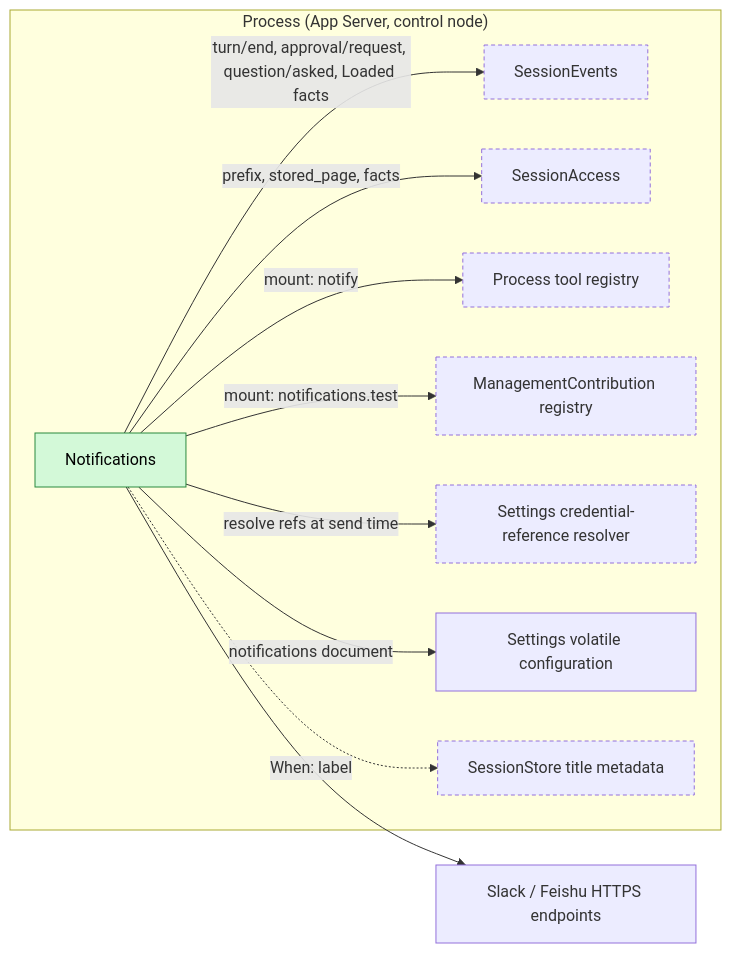
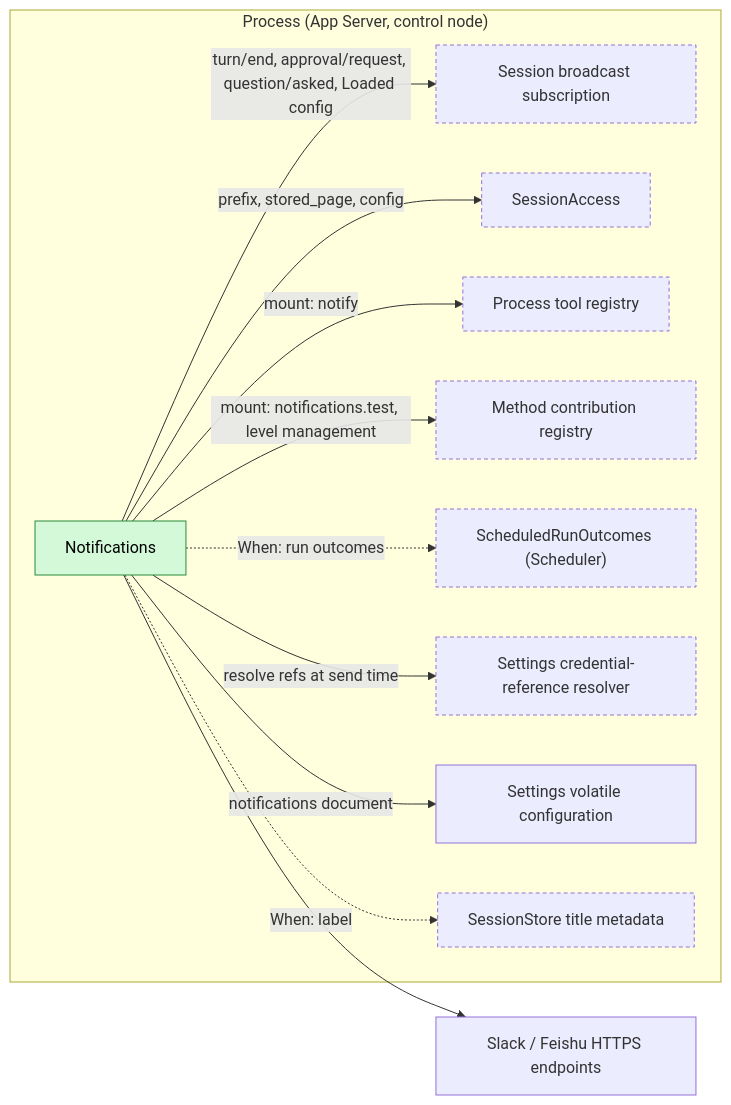
Before and after one commit to CoutinhoTTS/dim-agent: the first of 6 diagrams in docs/design/plugins/Notifications.md, drawn with Mermaid. The commit also changed other lines of this file and 3 other files, not shown here.

Commit message:
docs(design): simplify SessionTitle, Notifications, Hooks and Scheduler designs

````diff
--- a/docs/design/plugins/Notifications.md
+++ b/docs/design/plugins/Notifications.md
@@ -9,24 +9,26 @@
 ```mermaid
 flowchart LR
   subgraph PROC["Process (App Server, control node)"]
     NP["Notifications"]:::new
-    SE["SessionEvents"]:::contract
+    SE["Session broadcast subscription"]:::contract
     SA["SessionAccess"]:::contract
     PTR["Process tool registry"]:::contract
-    MGR["ManagementContribution registry"]:::contract
+    MGR["Method contribution registry"]:::contract
+    RO["ScheduledRunOutcomes (Scheduler)"]:::contract
     CRED["Settings credential-reference resolver"]:::contract
     Settings["Settings volatile configuration"]
     META["SessionStore title metadata"]:::contract
   end
   EXT["Slack / Feishu HTTPS endpoints"]
-  NP -->|"turn/end, approval/request, question/asked, Loaded facts"| SE
-  NP -->|"prefix, stored_page, facts"| SA
+  NP -->|"turn/end, approval/request, question/asked, Loaded config"| SE
+  NP -->|"prefix, stored_page, config"| SA
   NP -->|"mount: notify"| PTR
-  NP -->|"mount: notifications.test"| MGR
+  NP -->|"mount: notifications.test, level management"| MGR
+  NP -.->|"When: run outcomes"| RO
   NP -->|"resolve refs at send time"| CRED
   NP -->|"notifications document"| Settings
   NP -.->|"When: label"| META
   NP --> EXT
   classDef new fill:#d3f9d8,stroke:#2b8a3e,color:#000
   classDef contract stroke-dasharray:4 3
 ```
````
